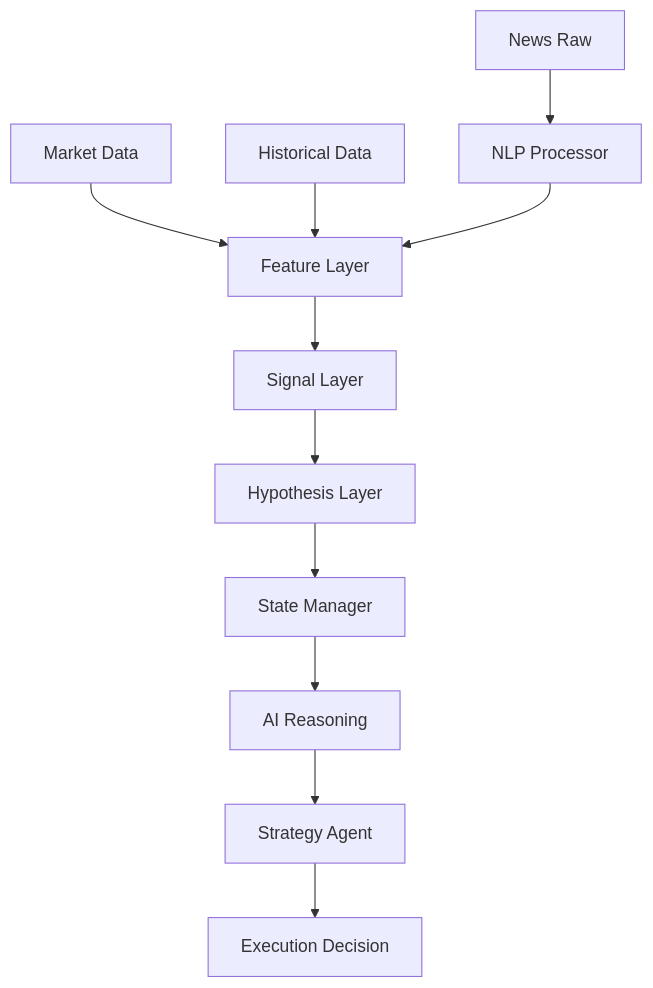
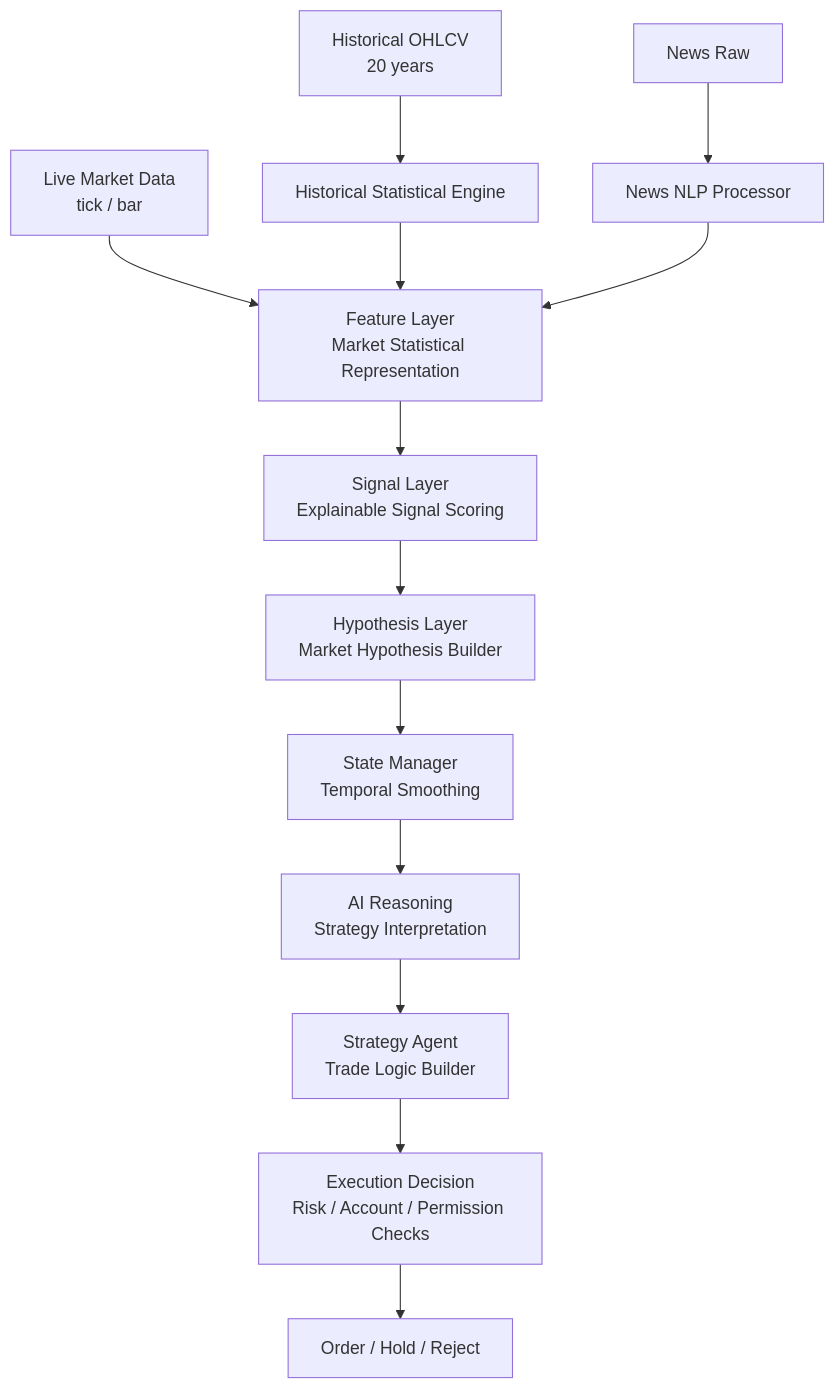
The first of 9 diagrams in README.md (Yuqian-He/agentic-trading-workflow), drawn with Mermaid before and after one commit. The commit also changed other lines of this file, not shown here.

````diff
--- a/README.md
+++ b/README.md
@@ -34,13 +34,19 @@
 ```mermaid
 graph TD
-    A[Market Data] --> G1[Feature Layer]
-    D[Historical Data] --> G1
-    E[News Raw] --> N1[NLP Processor]
-    N1 --> G1
-    G1 --> G2[Signal Layer]
-    G2 --> G3[Hypothesis Layer]
-    G3 --> S[State Manager]
-    S --> H[AI Reasoning]
-    H --> I[Strategy Agent]
-    I --> J[Execution Decision]
+    A[Live Market Data<br/>tick / bar] --> G1
+    B[Historical OHLCV<br/>20 years] --> HE[Historical Statistical Engine]
+    C[News Raw] --> NLP[News NLP Processor]
+
+    HE --> G1[Feature Layer<br/>Market Statistical Representation]
+    NLP --> G1
+
+    G1 --> G2[Signal Layer<br/>Explainable Signal Scoring]
+    G2 --> G3[Hypothesis Layer<br/>Market Hypothesis Builder]
+    G3 --> SM[State Manager<br/>Temporal Smoothing]
+
+    SM --> H[AI Reasoning<br/>Strategy Interpretation]
+    H --> I[Strategy Agent<br/>Trade Logic Builder]
+    I --> J[Execution Decision<br/>Risk / Account / Permission Checks]
+
+    J --> K[Order / Hold / Reject]
 ```
````
